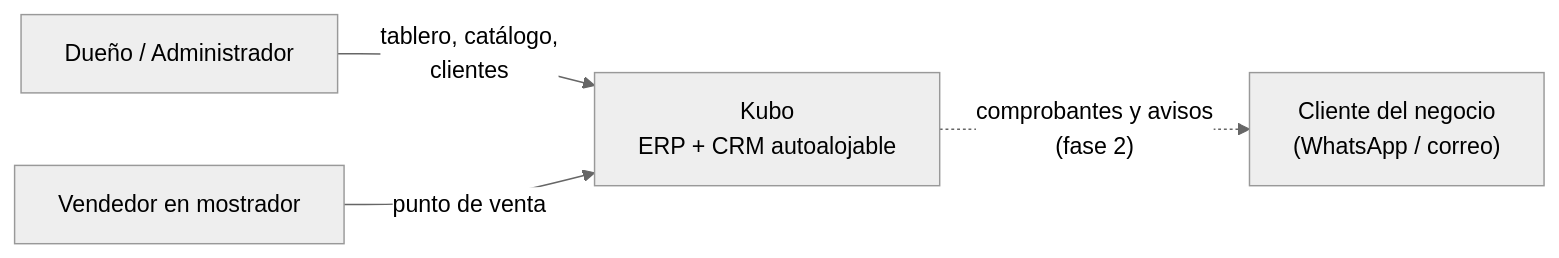
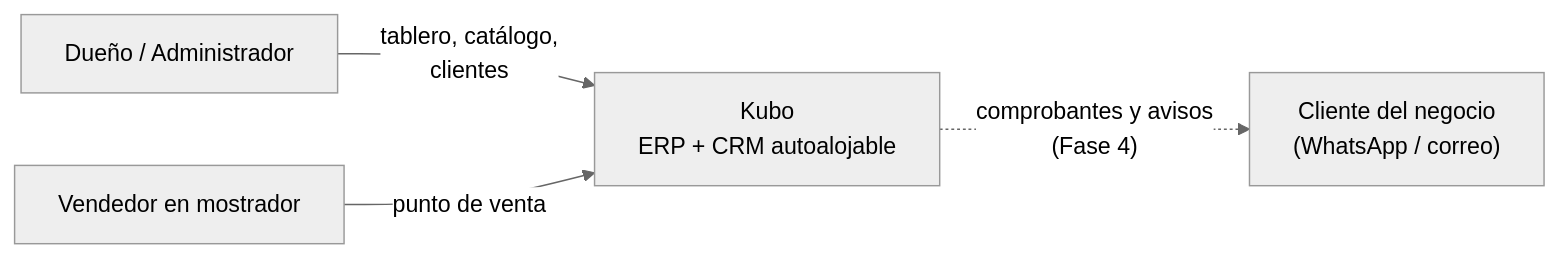
One commit to NFGS/kubo-docs changed the first of 5 diagrams in 01-arquitectura.md. Above: the diagram before and after it, drawn with Mermaid (neutral theme). The commit also changed other lines of this file and 14 other files, not shown here.

````diff
--- a/01-arquitectura.md
+++ b/01-arquitectura.md
@@ -9,11 +9,11 @@
 ```mermaid
 flowchart LR
   DUENO["Dueño / Administrador"]
   VENDEDOR["Vendedor en mostrador"]
   KUBO["Kubo<br/>ERP + CRM autoalojable"]
   CLIENTE["Cliente del negocio<br/>(WhatsApp / correo)"]
 
   DUENO -->|"tablero, catálogo,<br/>clientes"| KUBO
   VENDEDOR -->|"punto de venta"| KUBO
-  KUBO -.->|"comprobantes y avisos<br/>(fase 2)"| CLIENTE
+  KUBO -.->|"comprobantes y avisos<br/>(Fase 4)"| CLIENTE
 ```
````
